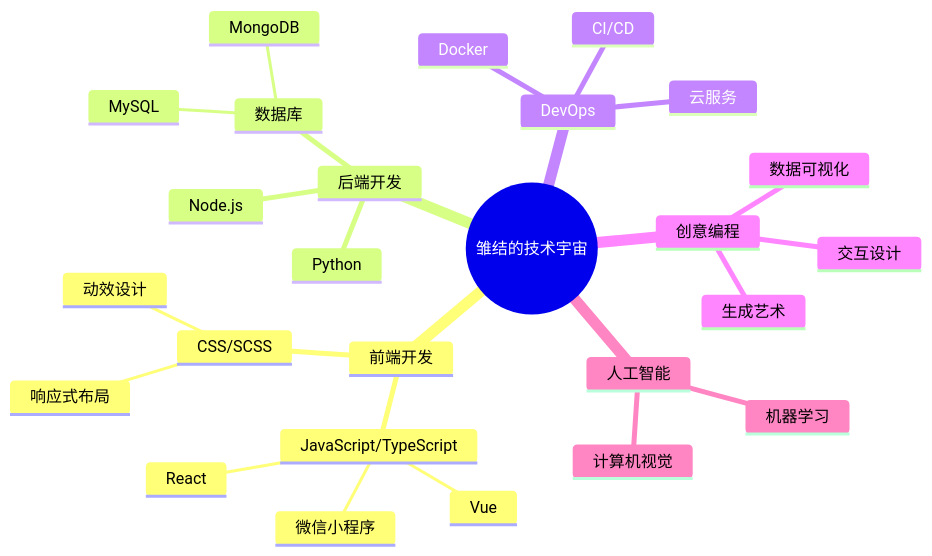
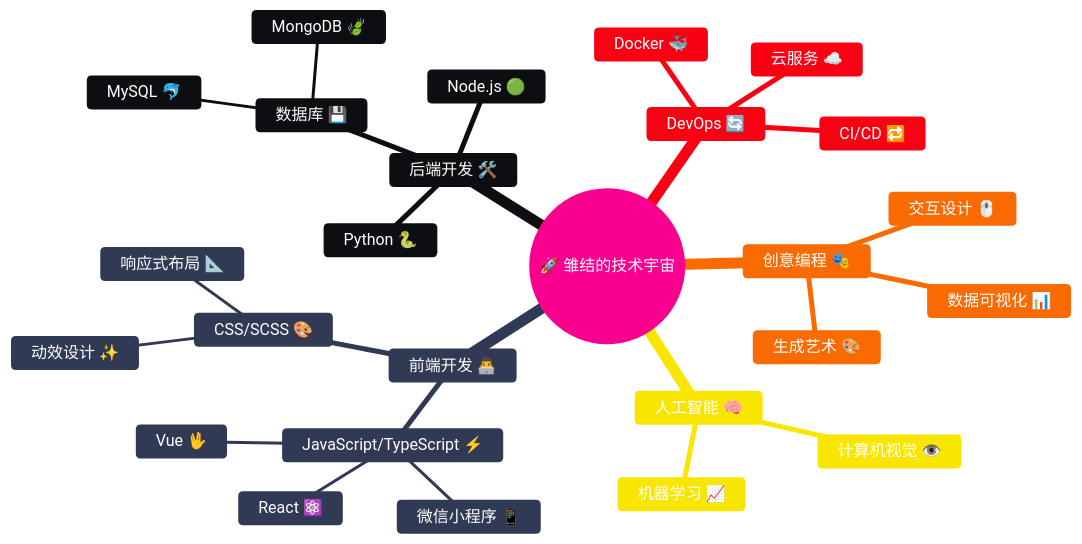
One commit to Chujie-cre/Chujie-cre changed the diagram in README.md. Above: the diagram before and after it, drawn with Mermaid. The commit also changed other lines of this file, not shown here.

````diff
--- a/README.md
+++ b/README.md
@@ -63,29 +64,40 @@
 ```mermaid
+%%{init: {
+  'theme': 'base', 
+  'themeVariables': {
+    'primaryColor': '#ff79c6',
+    'primaryTextColor': '#fff',
+    'primaryBorderColor': '#bd93f9',
+    'lineColor': '#ff79c6',
+    'secondaryColor': '#6272a4',
+    'tertiaryColor': '#44475a'
+  }
+}}%%
 mindmap
-  root((雏结的技术宇宙))
-    前端开发
-      JavaScript/TypeScript
-        React
-        Vue
-        微信小程序
-      CSS/SCSS
-        动效设计
-        响应式布局
-    后端开发
-      Node.js
-      Python
-      数据库
-        MySQL
-        MongoDB
-    DevOps
-      Docker
-      CI/CD
-      云服务
-    创意编程
-      数据可视化
-      生成艺术
-      交互设计
-    人工智能
-      机器学习
-      计算机视觉
+  root((🚀 雏结的技术宇宙))
+    前端开发 👨‍💻
+      JavaScript/TypeScript ⚡
+        React ⚛️
+        Vue 🖖
+        微信小程序 📱
+      CSS/SCSS 🎨
+        动效设计 ✨
+        响应式布局 📐
+    后端开发 🛠️
+      Node.js 🟢
+      Python 🐍
+      数据库 💾
+        MySQL 🐬
+        MongoDB 🍃
+    DevOps 🔄
+      Docker 🐳
+      CI/CD 🔁
+      云服务 ☁️
+    创意编程 🎭
+      数据可视化 📊
+      生成艺术 🎨
+      交互设计 🖱️
+    人工智能 🧠
+      机器学习 📈
+      计算机视觉 👁️
 ```
````
